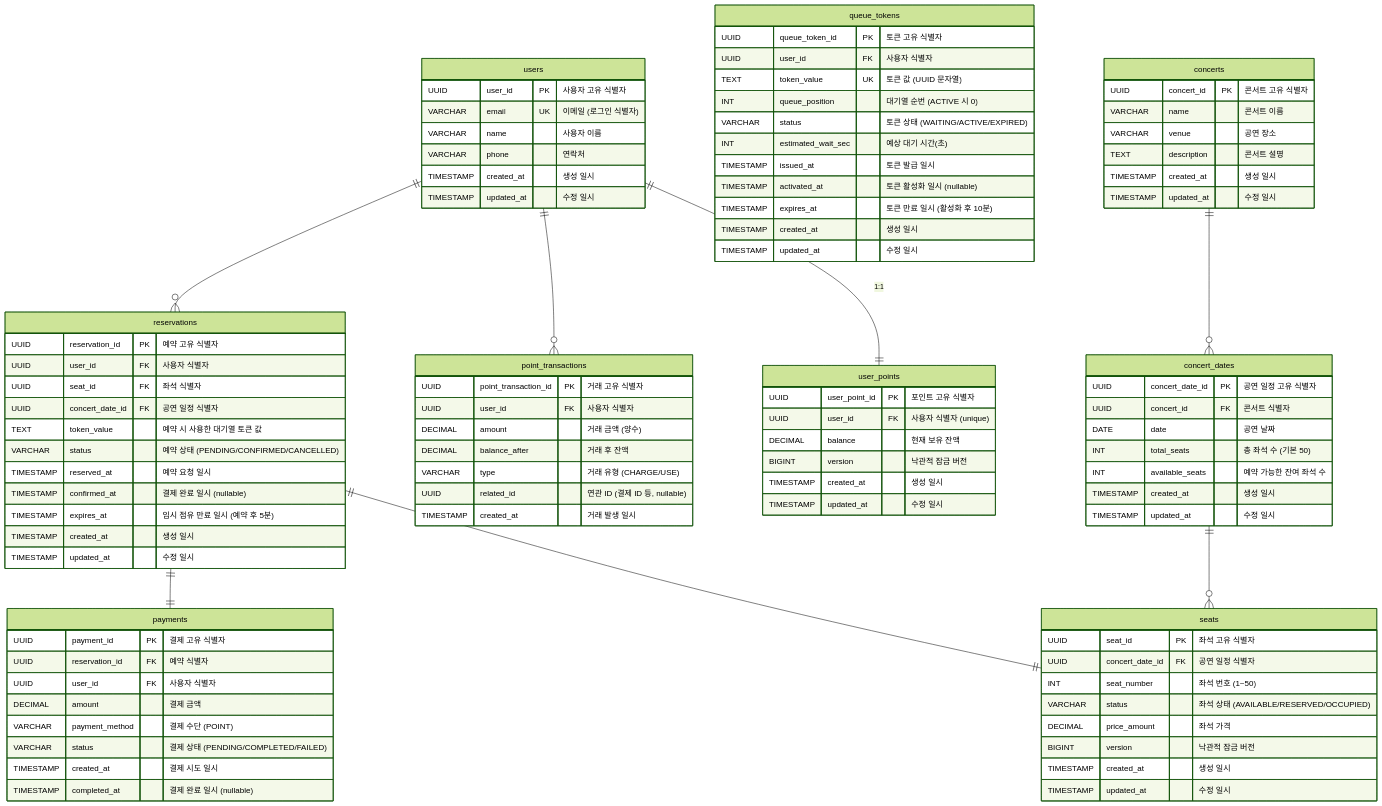
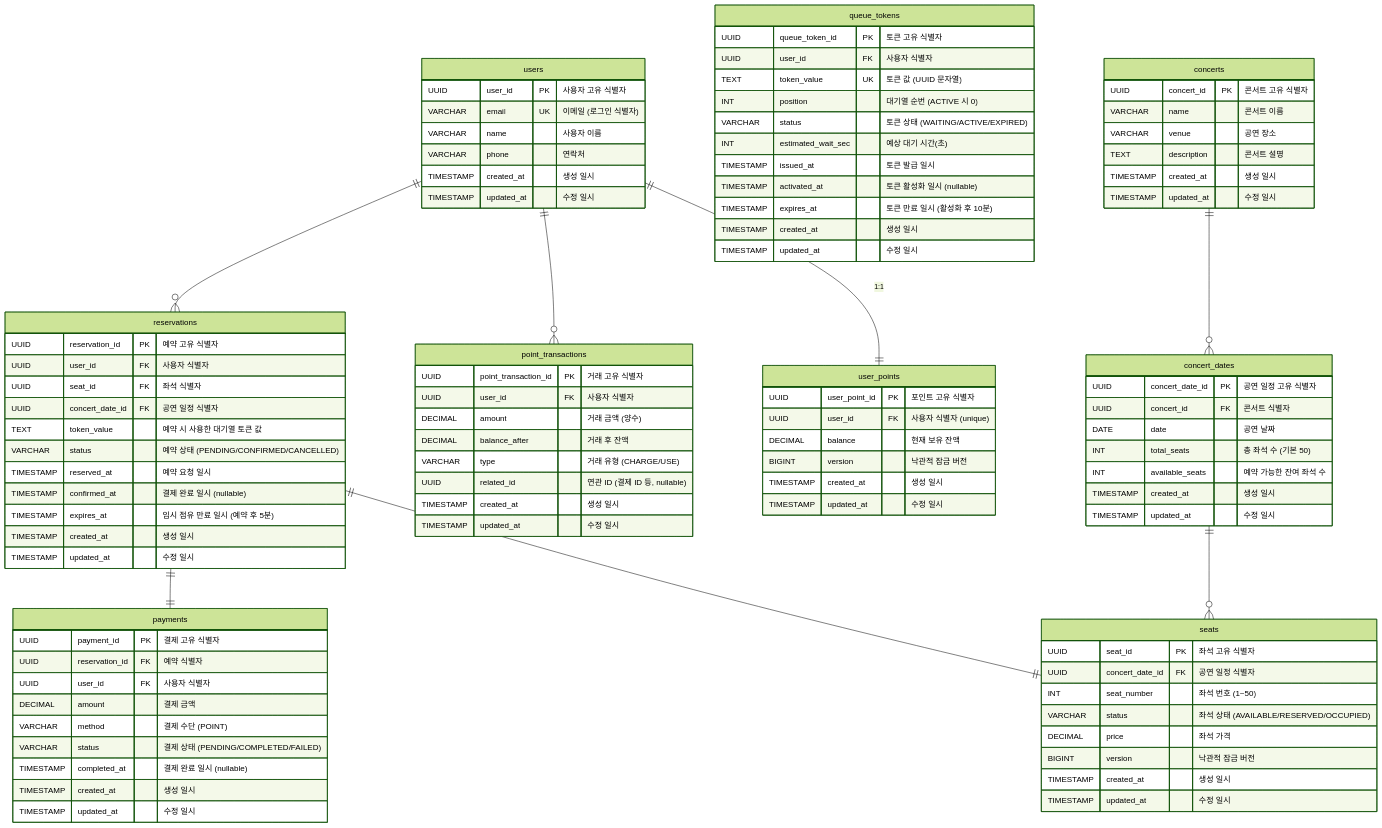
Before and after one commit to jhwon91/concert-reservation-system: the diagram in docs/03.ERD.md, drawn with Mermaid (forest theme). The commit also changed 20 other files, not shown here.

Commit message:
feat: infrastructure 레이어 구현 및 ERD 문서 수정

```diff
--- a/docs/03.ERD.md
+++ b/docs/03.ERD.md
@@ -27,14 +27,15 @@
         DECIMAL balance_after "거래 후 잔액"
         VARCHAR type "거래 유형 (CHARGE/USE)"
         UUID related_id "연관 ID (결제 ID 등, nullable)"
-        TIMESTAMP created_at "거래 발생 일시"
+        TIMESTAMP created_at "생성 일시"
+        TIMESTAMP updated_at "수정 일시"
     }
 
     queue_tokens {
         UUID queue_token_id PK "토큰 고유 식별자"
         UUID user_id FK "사용자 식별자"
         TEXT token_value UK "토큰 값 (UUID 문자열)"
-        INT queue_position "대기열 순번 (ACTIVE 시 0)"
+        INT position "대기열 순번 (ACTIVE 시 0)"
         VARCHAR status "토큰 상태 (WAITING/ACTIVE/EXPIRED)"
         INT estimated_wait_sec "예상 대기 시간(초)"
         TIMESTAMP issued_at "토큰 발급 일시"
@@ -68,7 +69,7 @@
         UUID concert_date_id FK "공연 일정 식별자"
         INT seat_number "좌석 번호 (1~50)"
         VARCHAR status "좌석 상태 (AVAILABLE/RESERVED/OCCUPIED)"
-        DECIMAL price_amount "좌석 가격"
+        DECIMAL price "좌석 가격"
         BIGINT version "낙관적 잠금 버전"
         TIMESTAMP created_at "생성 일시"
         TIMESTAMP updated_at "수정 일시"
@@ -93,10 +94,11 @@
         UUID reservation_id FK "예약 식별자"
         UUID user_id FK "사용자 식별자"
         DECIMAL amount "결제 금액"
-        VARCHAR payment_method "결제 수단 (POINT)"
+        VARCHAR method "결제 수단 (POINT)"
         VARCHAR status "결제 상태 (PENDING/COMPLETED/FAILED)"
-        TIMESTAMP created_at "결제 시도 일시"
         TIMESTAMP completed_at "결제 완료 일시 (nullable)"
+        TIMESTAMP created_at "생성 일시"
+        TIMESTAMP updated_at "수정 일시"
     }
 
     users ||--|| user_points : "1:1"
```
